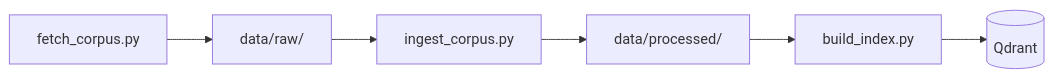
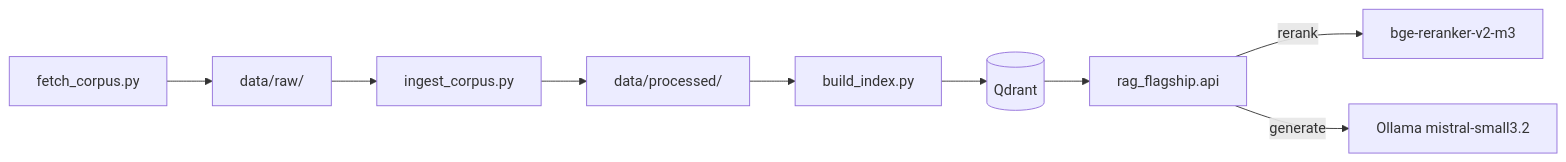
One commit to Eqqinox/Ragulation changed the diagram in README.md. Above: the diagram before and after it, drawn with Mermaid. The commit also changed other lines of this file and 1 other file, not shown here.

````diff
--- a/README.md
+++ b/README.md
@@ -88,8 +109,11 @@
 ```mermaid
 flowchart LR
     A[fetch_corpus.py] --> B[data/raw/]
     B --> C[ingest_corpus.py]
     C --> D[data/processed/]
     D --> E[build_index.py]
     E --> F[(Qdrant)]
+    F --> G[rag_flagship.api]
+    G -->|"rerank"| H[bge-reranker-v2-m3]
+    G -->|"generate"| I[Ollama mistral-small3.2]
 ```
````
